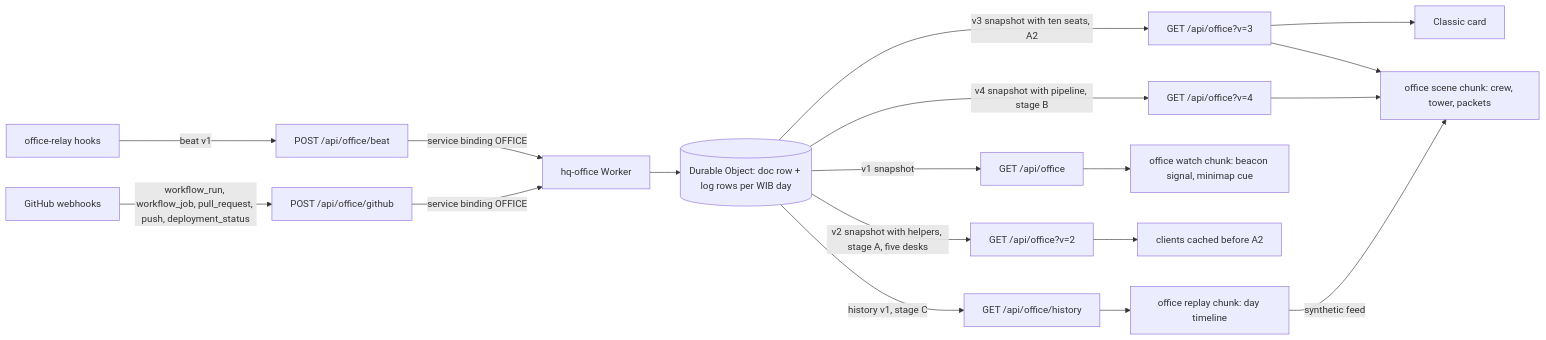
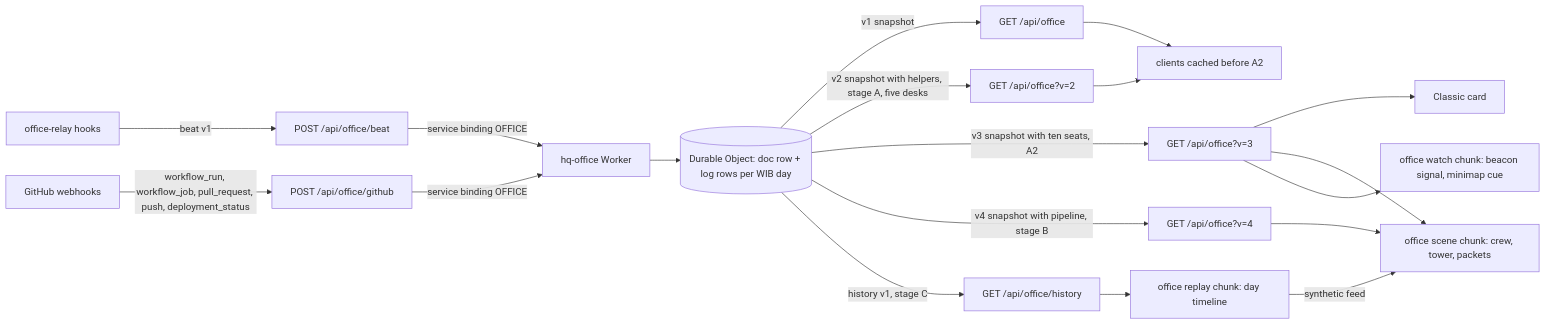
One commit to ShinyQ/ShinyQ-HQ changed the diagram in docs/superpowers/specs/2026-10-20-agent-office-revamp-design.md. Above: the diagram before and after it, drawn with Mermaid. The commit also changed other lines of this file and 5 other files, not shown here.

````diff
--- a/docs/superpowers/specs/2026-10-20-agent-office-revamp-design.md
+++ b/docs/superpowers/specs/2026-10-20-agent-office-revamp-design.md
@@ -54,18 +54,17 @@
 ```mermaid
 flowchart LR
   relay[office-relay hooks] -->|beat v1| fn1[POST /api/office/beat]
   gh[GitHub webhooks] -->|workflow_run, workflow_job, pull_request, push, deployment_status| fn2[POST /api/office/github]
   fn1 & fn2 -->|service binding OFFICE| w[hq-office Worker]
   w --> DO[(Durable Object: doc row + log rows per WIB day)]
   DO -->|v1 snapshot| s1[GET /api/office]
   DO -->|v2 snapshot with helpers, stage A, five desks| s2[GET /api/office?v=2]
   DO -->|v3 snapshot with ten seats, A2| s5[GET /api/office?v=3]
   DO -->|v4 snapshot with pipeline, stage B| s4[GET /api/office?v=4]
   DO -->|history v1, stage C| s3[GET /api/office/history]
-  s1 --> watch[office watch chunk: beacon signal, minimap cue]
-  s2 --> old[clients cached before A2]
-  s5 --> card[Classic card] & scene[office scene chunk: crew, tower, packets]
+  s1 & s2 --> old[clients cached before A2]
+  s5 --> card[Classic card] & scene[office scene chunk: crew, tower, packets] & watch[office watch chunk: beacon signal, minimap cue]
   s4 --> scene
   s3 --> replay[office replay chunk: day timeline]
   replay -->|synthetic feed| scene
 ```
````
